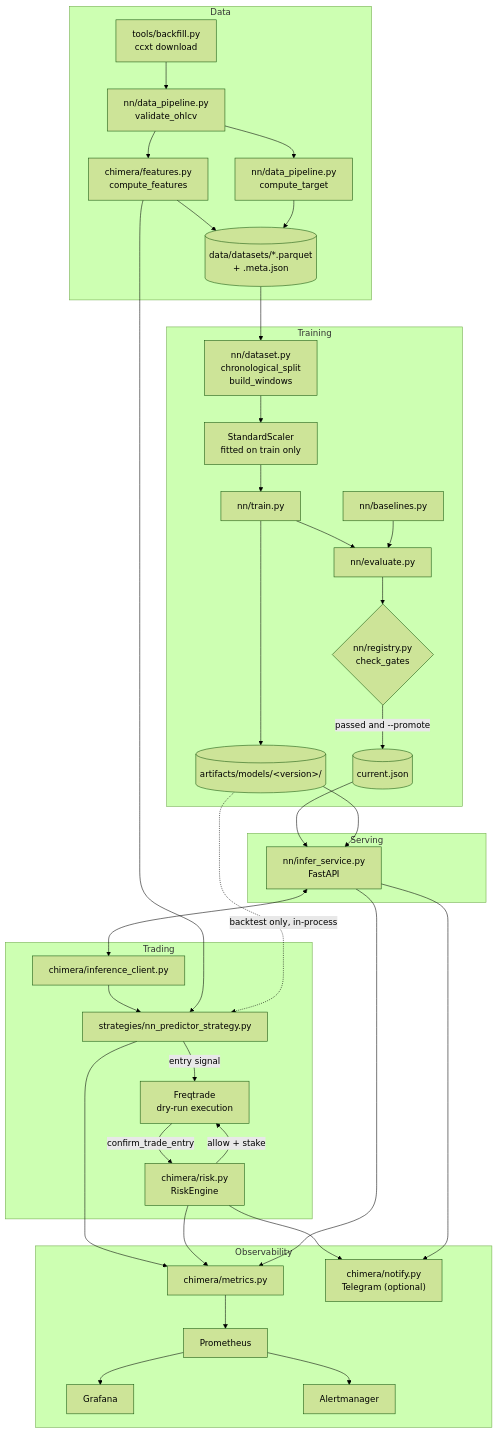
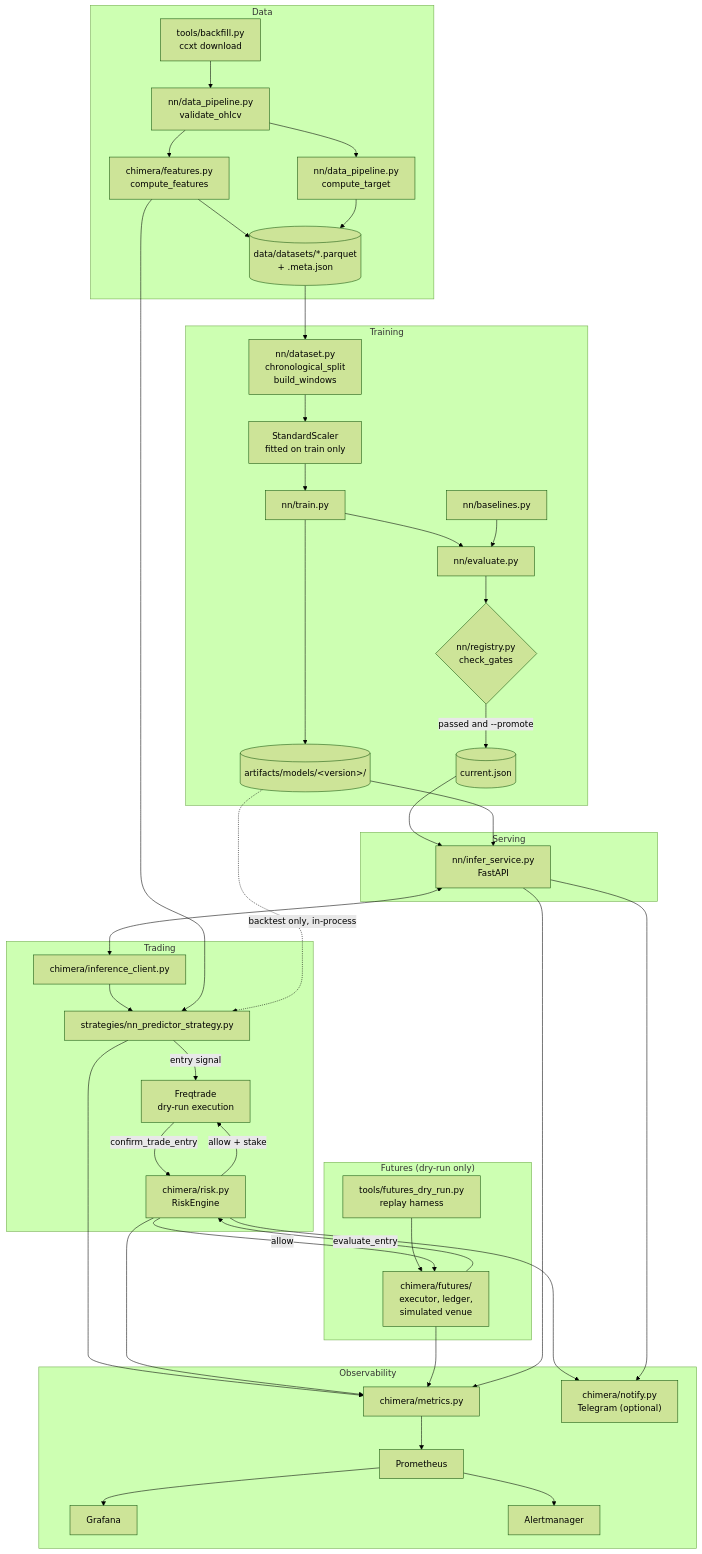
The diagram in docs/architecture.md (tyrannya/ProjectChimera), drawn with Mermaid (forest theme) before and after one commit. The commit also changed other lines of this file and 19 other files, not shown here.

````diff
--- a/docs/architecture.md
+++ b/docs/architecture.md
@@ -24,65 +25,74 @@
 ```mermaid
 flowchart TD
     subgraph Data
         BF["tools/backfill.py<br/>ccxt download"]
         VAL["nn/data_pipeline.py<br/>validate_ohlcv"]
         FEAT["chimera/features.py<br/>compute_features"]
         TGT["nn/data_pipeline.py<br/>compute_target"]
         DS[("data/datasets/*.parquet<br/>+ .meta.json")]
     end
 
     subgraph Training
         SPLIT["nn/dataset.py<br/>chronological_split<br/>build_windows"]
         SCALE["StandardScaler<br/>fitted on train only"]
         TRAIN["nn/train.py"]
         BASE["nn/baselines.py"]
         EVAL["nn/evaluate.py"]
         GATE{"nn/registry.py<br/>check_gates"}
         ART[("artifacts/models/&lt;version&gt;/")]
         CUR[("current.json")]
     end
 
     subgraph Serving
         SVC["nn/infer_service.py<br/>FastAPI"]
     end
 
     subgraph Trading
         CLIENT["chimera/inference_client.py"]
         STRAT["strategies/nn_predictor_strategy.py"]
         RISK["chimera/risk.py<br/>RiskEngine"]
         FT["Freqtrade<br/>dry-run execution"]
     end
 
+    subgraph FuturesDryRun["Futures (dry-run only)"]
+        HARN["tools/futures_dry_run.py<br/>replay harness"]
+        FUT["chimera/futures/<br/>executor, ledger,<br/>simulated venue"]
+    end
+
     subgraph Observability
         MET["chimera/metrics.py"]
         PROM["Prometheus"]
         GRAF["Grafana"]
         ALERT["Alertmanager"]
         TG["chimera/notify.py<br/>Telegram (optional)"]
     end
 
     BF --> VAL --> FEAT --> DS
     VAL --> TGT --> DS
     DS --> SPLIT --> SCALE --> TRAIN
     TRAIN --> EVAL
     BASE --> EVAL
     EVAL --> GATE
     TRAIN --> ART
     GATE -->|passed and --promote| CUR
     CUR --> SVC
     ART --> SVC
     SVC <--> CLIENT
     CLIENT --> STRAT
     FEAT --> STRAT
     STRAT -->|entry signal| FT
     FT -->|confirm_trade_entry| RISK
     RISK -->|allow + stake| FT
+    HARN --> FUT
+    FUT -->|evaluate_entry| RISK
+    RISK -->|allow| FUT
     ART -.->|backtest only, in-process| STRAT
     STRAT --> MET
     RISK --> MET
+    FUT --> MET
     SVC --> MET
     MET --> PROM --> GRAF
     PROM --> ALERT
     RISK --> TG
     SVC --> TG
 ```
````
